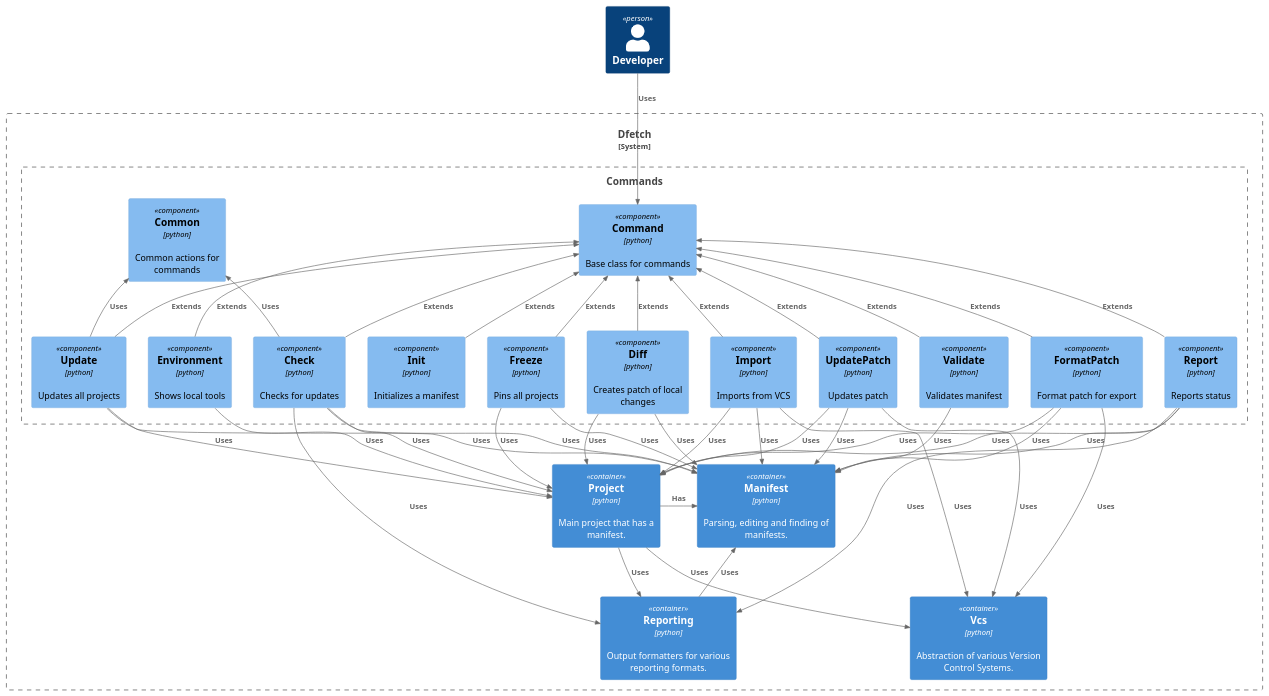
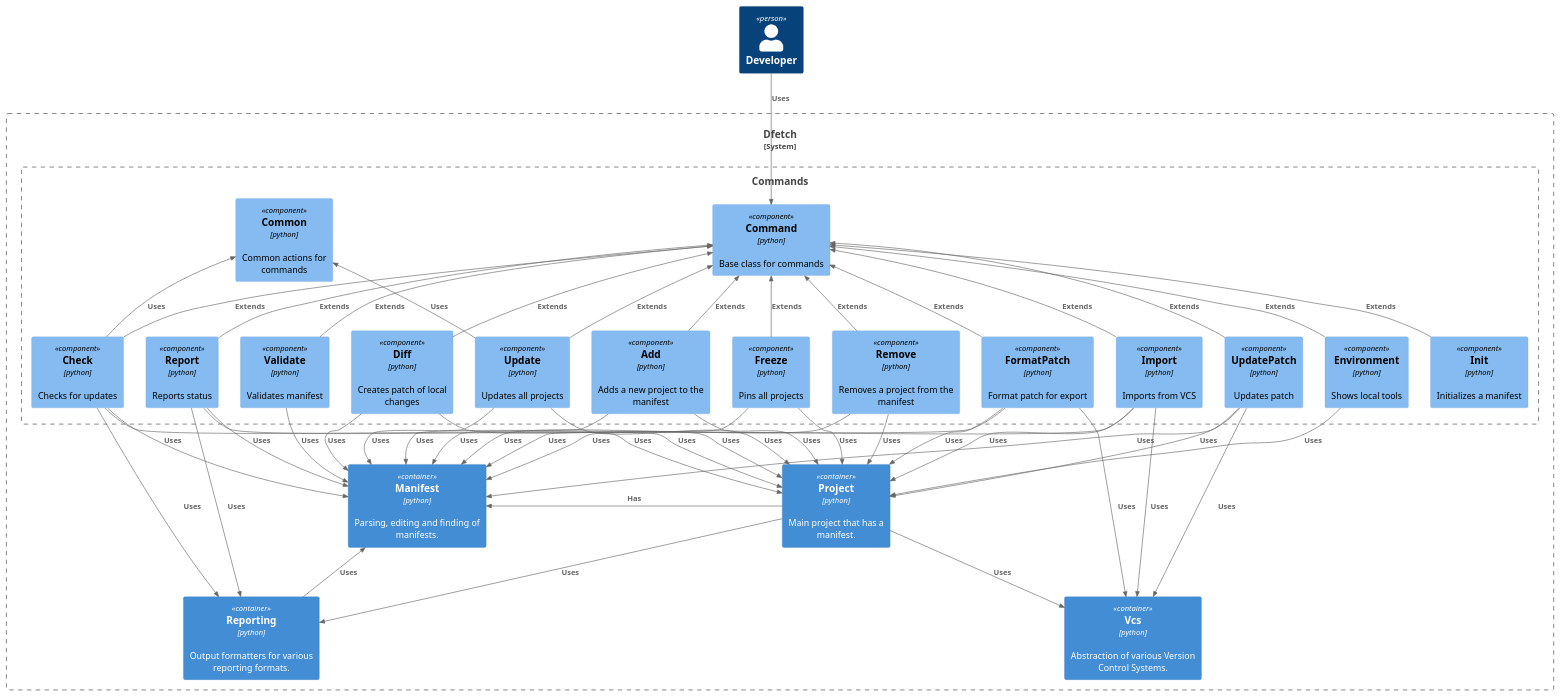
The diagram in doc/static/uml/c3_dfetch_components_commands.puml (dfetch-org/dfetch), drawn with PlantUML before and after one commit. The commit also changed 2 other files, not shown here.

Commit message:
Update C4 diagrams to match current codebase
- Commands C3: add missing Add and Remove components with their Manifest/Project relationships
- Manifest C3: rename Validate→Schema (file is schema.py) and add Parse component (parse.py)
- Project C3: add missing ArchiveSubProject component with its VCS relationship

https://claude.ai/code/session_0177mNSCND9qFDXRuGo7xNQG

```diff
--- a/doc/static/uml/c3_dfetch_components_commands.puml
+++ b/doc/static/uml/c3_dfetch_components_commands.puml
@@ -1,87 +1,97 @@
 @startuml
 
 !include https://raw.githubusercontent.com/plantuml-stdlib/C4-PlantUML/master/C4_Component.puml
 
 Person(user, "Developer")
 
 System_Boundary(DFetch, "Dfetch") {
 
     Boundary(DFetchCommands, "Commands") {
         Component(compCommon, "Common", "python", "Common actions for commands")
         Component(compCommand, "Command", "python", "Base class for commands")
 
+        Component(compAdd, "Add", "python", "Adds a new project to the manifest")
         Component(compCheck, "Check", "python", "Checks for updates")
         Component(compDiff, "Diff", "python", "Creates patch of local changes")
         Component(compEnv, "Environment", "python", "Shows local tools")
         Component(compFormatPatch, "FormatPatch", "python", "Format patch for export")
         Component(compFreeze, "Freeze", "python", "Pins all projects")
         Component(compImport, "Import", "python", "Imports from VCS")
         Component(compInit, "Init", "python", "Initializes a manifest")
+        Component(compRemove, "Remove", "python", "Removes a project from the manifest")
         Component(compReport, "Report", "python", "Reports status")
         Component(compUpdate, "Update", "python", "Updates all projects")
         Component(compUpdatePatch, "UpdatePatch", "python", "Updates patch")
         Component(compValidate, "Validate", "python", "Validates manifest")
 
+        Rel_U(compAdd, compCommand, "Extends")
         Rel_U(compCheck, compCommand, "Extends")
         Rel_U(compDiff, compCommand, "Extends")
         Rel_U(compEnv, compCommand, "Extends")
         Rel_U(compFormatPatch, compCommand, "Extends")
         Rel_U(compFreeze, compCommand, "Extends")
         Rel_U(compImport, compCommand, "Extends")
         Rel_U(compInit, compCommand, "Extends")
+        Rel_U(compRemove, compCommand, "Extends")
         Rel_U(compReport, compCommand, "Extends")
         Rel_U(compUpdate, compCommand, "Extends")
         Rel_U(compUpdatePatch, compCommand, "Extends")
         Rel_U(compValidate, compCommand, "Extends")
 
         Rel_U(compUpdate, compCommon, "Uses")
         Rel_U(compCheck, compCommon, "Uses")
     }
 
     Container(contManifest, "Manifest", "python", "Parsing, editing and finding of manifests.")
     Container(contProject, "Project", "python", "Main project that has a manifest.")
     Container(contVcs, "Vcs", "python", "Abstraction of various Version Control Systems.")
     Container(contReporting, "Reporting", "python", "Output formatters for various reporting formats.")
+
+    Rel(compAdd, contManifest, "Uses")
+    Rel(compAdd, contProject, "Uses")
 
     Rel(compCheck, contManifest, "Uses")
     Rel(compCheck, contProject, "Uses")
     Rel(compCheck, contReporting, "Uses")
 
     Rel(compDiff, contManifest, "Uses")
     Rel(compDiff, contProject, "Uses")
 
     Rel(compEnv, contProject, "Uses")
 
     Rel(compFormatPatch, contManifest, "Uses")
     Rel(compFormatPatch, contProject, "Uses")
     Rel(compFormatPatch, contVcs, "Uses")
 
     Rel(compFreeze, contManifest, "Uses")
     Rel(compFreeze, contProject, "Uses")
 
     Rel(compImport, contManifest, "Uses")
     Rel(compImport, contProject, "Uses")
     Rel(compImport, contVcs, "Uses")
+
+    Rel(compRemove, contManifest, "Uses")
+    Rel(compRemove, contProject, "Uses")
 
     Rel(compReport, contManifest, "Uses")
     Rel(compReport, contProject, "Uses")
     Rel(compReport, contReporting, "Uses")
 
     Rel(compUpdate, contManifest, "Uses")
     Rel(compUpdate, contProject, "Uses")
 
     Rel(compUpdatePatch, contManifest, "Uses")
     Rel(compUpdatePatch, contProject, "Uses")
     Rel(compUpdatePatch, contVcs, "Uses")
 
     Rel(compValidate, contManifest, "Uses")
 
     Rel(contProject, contReporting, "Uses")
     Rel_R(contProject, contManifest, "Has")
     Rel_U(contReporting, contManifest, "Uses")
     Rel(contProject, contVcs, "Uses")
 }
 
 Rel(user, compCommand, "Uses")
 
 @enduml
```
